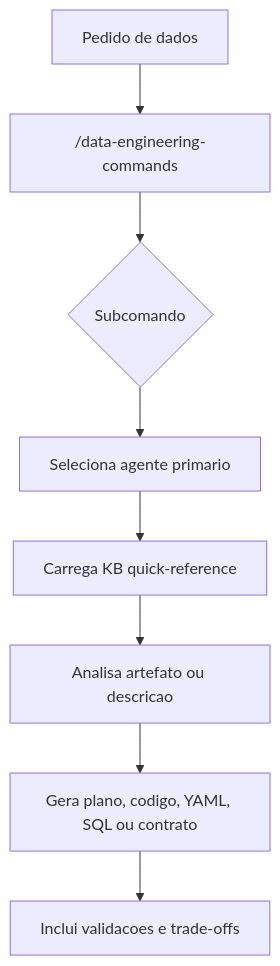
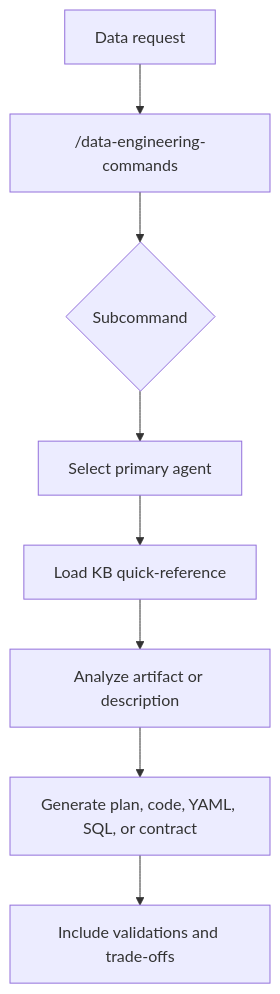
The diagram in docs/reference/skills/data-engineering-commands.md (Tiao553/sdd-harness-copilot), drawn with Mermaid before and after one commit. The commit also changed other lines of this file and 19 other files, not shown here.

````diff
--- a/docs/reference/skills/data-engineering-commands.md
+++ b/docs/reference/skills/data-engineering-commands.md
@@ -22,10 +22,10 @@
 ```mermaid
 flowchart TD
-    A["Pedido de dados"] --> B["/data-engineering-commands"]
-    B --> C{"Subcomando"}
-    C --> D["Seleciona agente primario"]
-    D --> E["Carrega KB quick-reference"]
-    E --> F["Analisa artefato ou descricao"]
-    F --> G["Gera plano, codigo, YAML, SQL ou contrato"]
-    G --> H["Inclui validacoes e trade-offs"]
+    A["Data request"] --> B["/data-engineering-commands"]
+    B --> C{"Subcommand"}
+    C --> D["Select primary agent"]
+    D --> E["Load KB quick-reference"]
+    E --> F["Analyze artifact or description"]
+    F --> G["Generate plan, code, YAML, SQL, or contract"]
+    G --> H["Include validations and trade-offs"]
 ```
````
